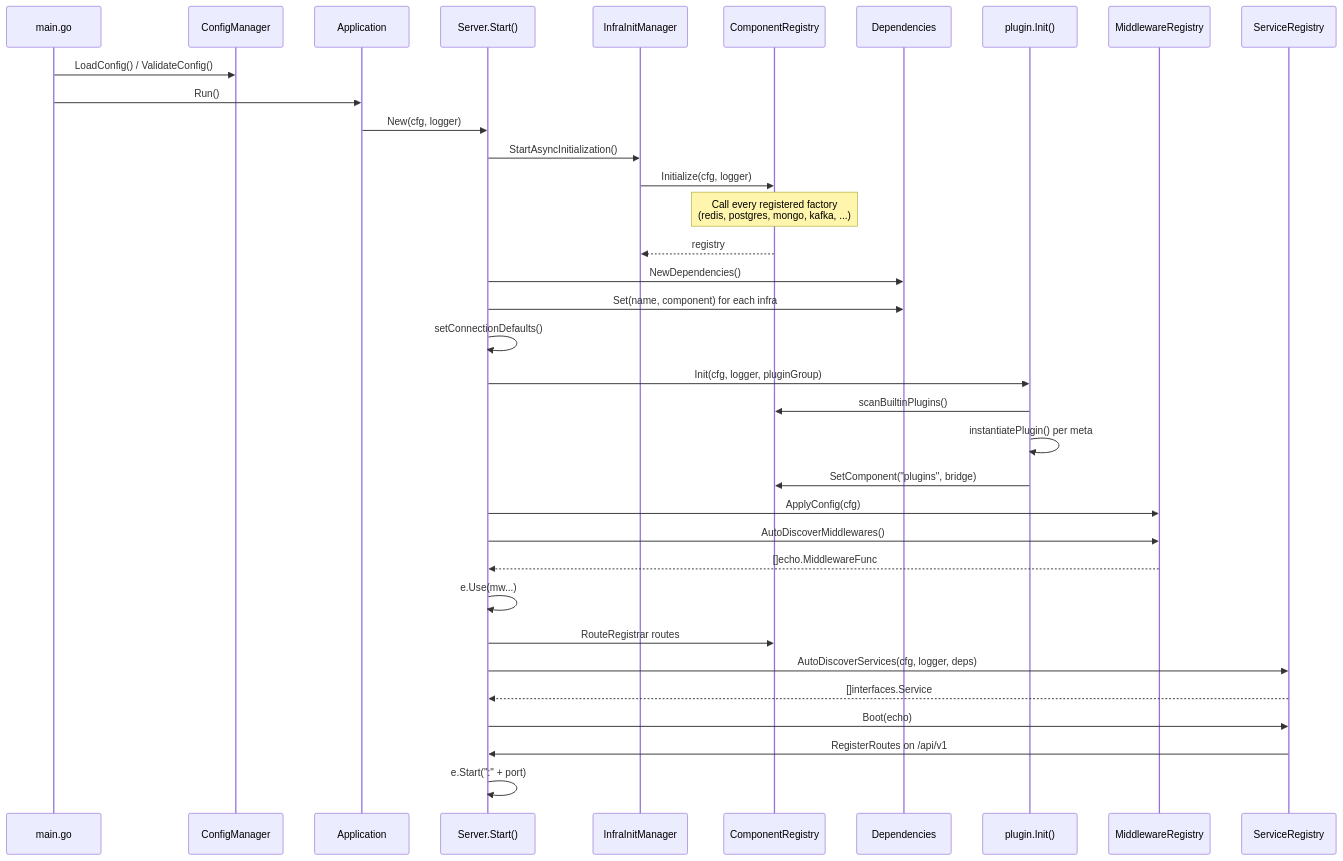
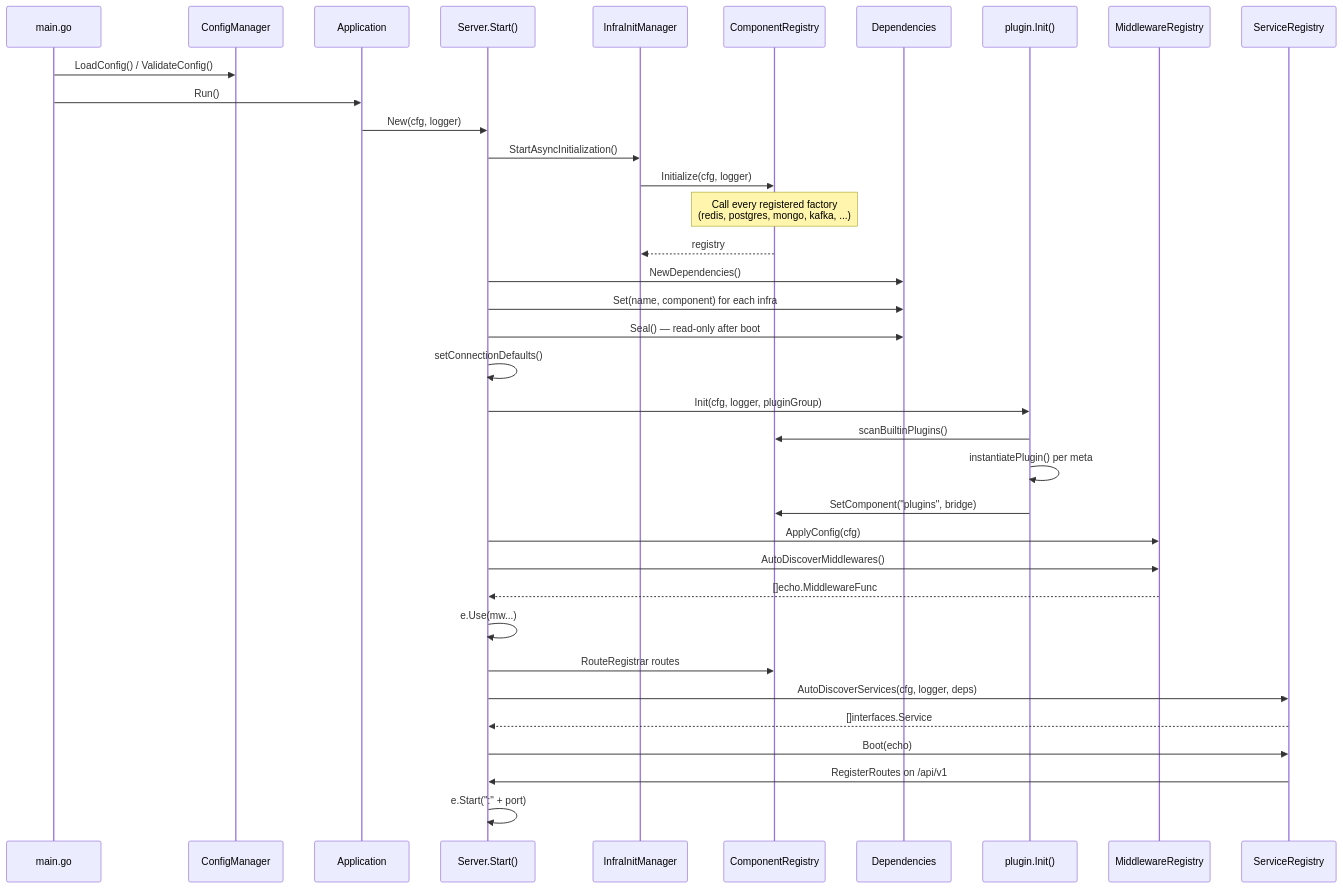
One commit to diameter-tscd/stackyrd changed the second of 9 diagrams in DESIGN.md. Above: the diagram before and after it, drawn with Mermaid. The commit also changed other lines of this file and 57 other files, not shown here.

````diff
--- a/DESIGN.md
+++ b/DESIGN.md
@@ -58,45 +58,46 @@
 ```mermaid
 sequenceDiagram
     participant main as main.go
     participant cfg as ConfigManager
     participant app as Application
     participant srv as Server.Start()
     participant infraInit as InfraInitManager
     participant compReg as ComponentRegistry
     participant deps as Dependencies
     participant plugin as plugin.Init()
     participant mw as MiddlewareRegistry
     participant svc as ServiceRegistry
 
     main->>cfg: LoadConfig() / ValidateConfig()
     main->>app: Run()
     app->>srv: New(cfg, logger)
 
     srv->>infraInit: StartAsyncInitialization()
     infraInit->>compReg: Initialize(cfg, logger)
     Note over compReg: Call every registered factory<br/>(redis, postgres, mongo, kafka, ...)
     compReg-->>infraInit: registry
 
     srv->>deps: NewDependencies()
     srv->>deps: Set(name, component) for each infra
+    srv->>deps: Seal() — read-only after boot
     srv->>srv: setConnectionDefaults()
 
     srv->>plugin: Init(cfg, logger, pluginGroup)
     plugin->>compReg: scanBuiltinPlugins()
     plugin->>plugin: instantiatePlugin() per meta
     plugin->>compReg: SetComponent("plugins", bridge)
 
     srv->>mw: ApplyConfig(cfg)
     srv->>mw: AutoDiscoverMiddlewares()
     mw-->>srv: []echo.MiddlewareFunc
     srv->>srv: e.Use(mw...)
 
     srv->>compReg: RouteRegistrar routes
 
     srv->>svc: AutoDiscoverServices(cfg, logger, deps)
     svc-->>srv: []interfaces.Service
     srv->>svc: Boot(echo)
     svc->>srv: RegisterRoutes on /api/v1
 
     srv->>srv: e.Start(":" + port)
 ```
````
